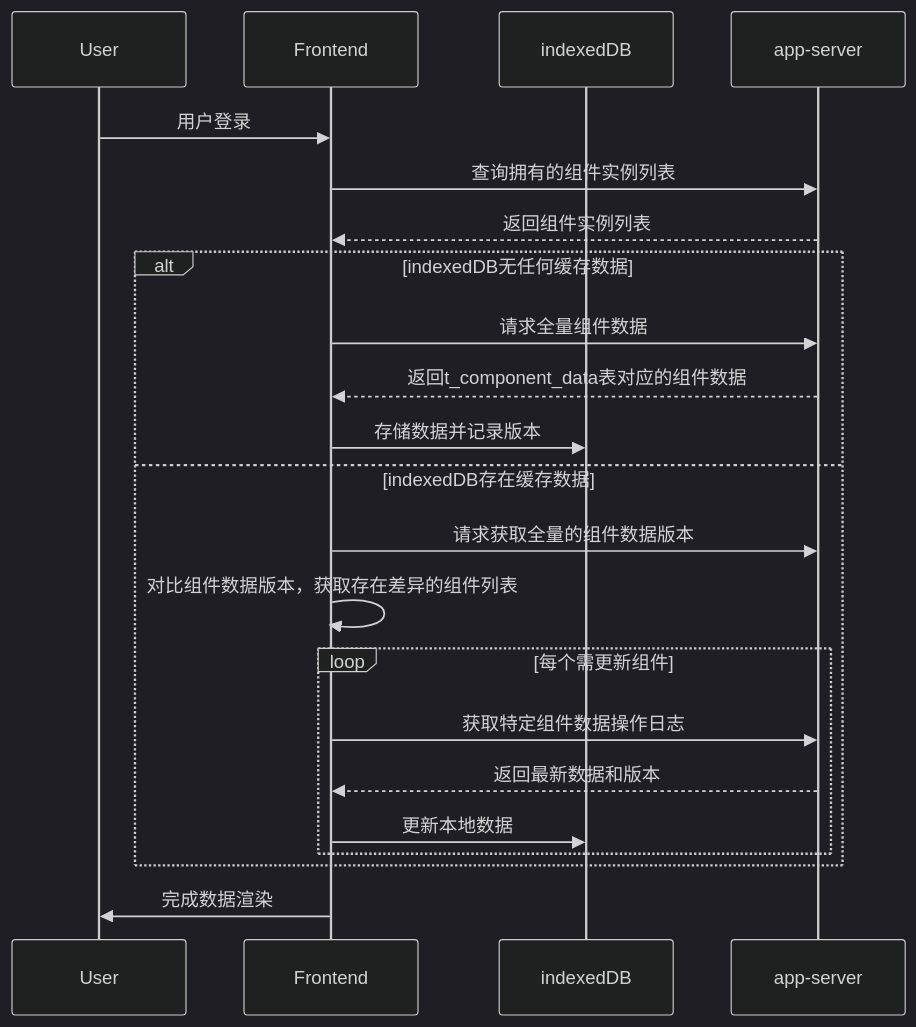
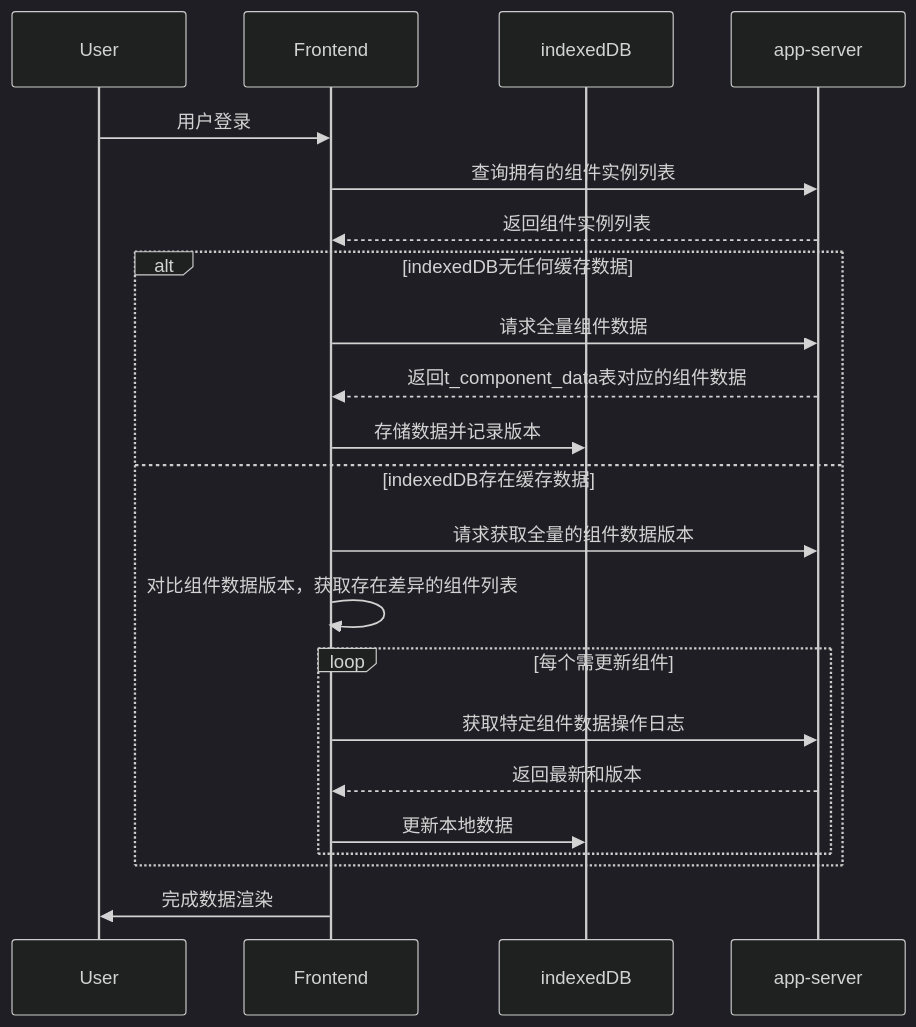
One commit to yingjianzh/iodraw-files changed the diagram in all/未命名-25.md. Above: the diagram before and after it, drawn with Mermaid (dark theme).

Commit message:
2025-02-25 10:52:31 update

````diff
--- a/all/未命名-25.md
+++ b/all/未命名-25.md
@@ -1,29 +1,29 @@
 ```mermaid
 
 sequenceDiagram
     participant User
     participant Frontend
     participant indexedDB
     participant app-server
 
 
     User->>Frontend: 用户登录
     Frontend->>app-server: 查询拥有的组件实例列表
     app-server-->>Frontend: 返回组件实例列表
     
     alt indexedDB无任何缓存数据
         Frontend->>app-server: 请求全量组件数据
         app-server-->>Frontend: 返回t_component_data表对应的组件数据
         Frontend->>indexedDB: 存储数据并记录版本
     else indexedDB存在缓存数据
         Frontend->>app-server: 请求获取全量的组件数据版本
         Frontend->>Frontend: 对比组件数据版本，获取存在差异的组件列表
         loop 每个需更新组件
             Frontend->>app-server: 获取特定组件数据操作日志
-            app-server-->>Frontend: 返回最新数据和版本
+            app-server-->>Frontend: 返回最新和版本
             Frontend->>indexedDB: 更新本地数据
         end
     end
     Frontend->>User: 完成数据渲染
 
 ```
````
